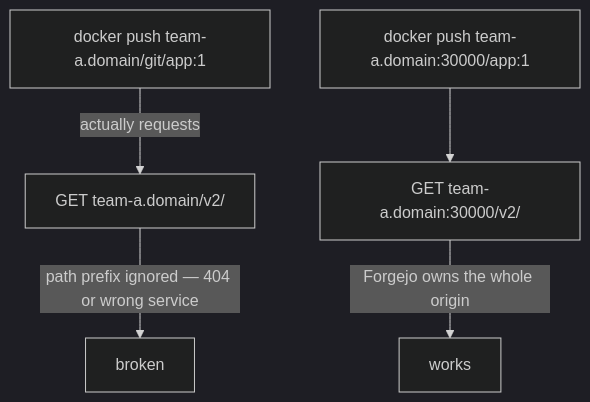
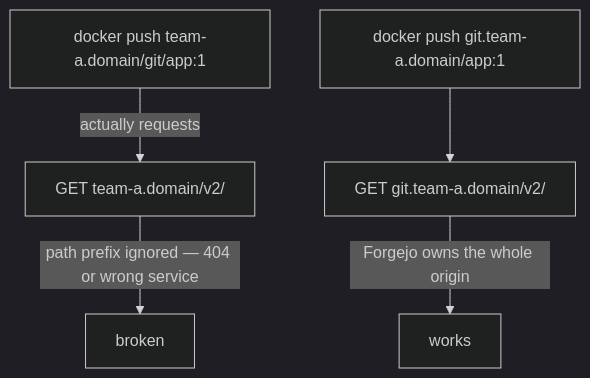
The second of 3 diagrams in docs/architecture.md (johnjoeallen/ignition), drawn with Mermaid (dark theme) before and after one commit. The commit also changed other lines of this file and 10 other files, not shown here.

First line of the commit message:
Forge moves to git.<slug>.<BASE_DOMAIN> (Traefik-routed, real TLS)

````diff
--- a/docs/architecture.md
+++ b/docs/architecture.md
@@ -52,7 +59,7 @@
 ```mermaid
 flowchart TB
     A["docker push team-a.domain/git/app:1"] -->|"actually requests"| B["GET team-a.domain/v2/"]
     B -->|"path prefix ignored — 404 or wrong service"| C["broken"]
-    D["docker push team-a.domain:30000/app:1"] --> E["GET team-a.domain:30000/v2/"]
+    D["docker push git.team-a.domain/app:1"] --> E["GET git.team-a.domain/v2/"]
     E -->|"Forgejo owns the whole origin"| F["works"]
 ```
````
